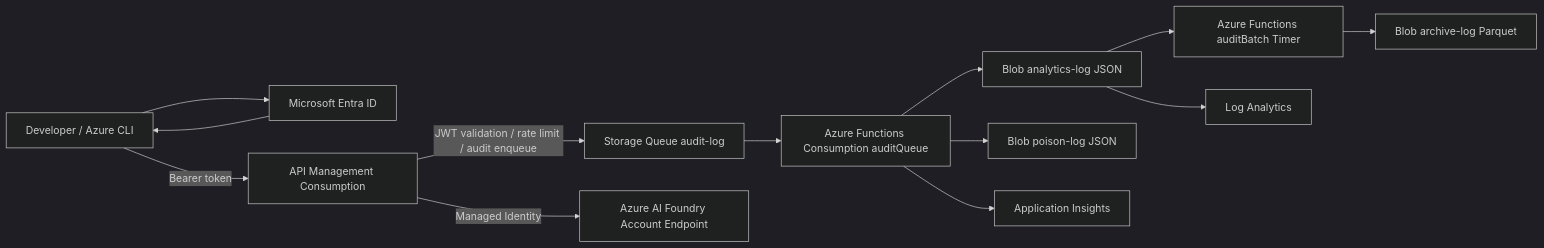
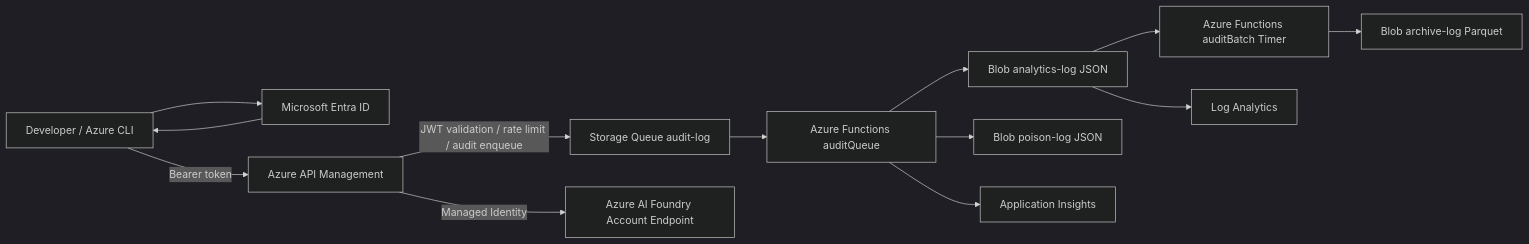
One commit to 75-8/FoundryAPI-use-insideCorp changed the diagram in README.md. Above: the diagram before and after it, drawn with Mermaid (dark theme). The commit also changed other lines of this file and 4 other files, not shown here.

````diff
--- a/README.md
+++ b/README.md
@@ -9,15 +50,15 @@
 ```mermaid
 flowchart LR
-  Dev[Developer / Azure CLI] --> Entra[Microsoft Entra ID]
-  Entra --> Dev
-  Dev -->|Bearer token| APIM[API Management Consumption]
+  Developer[Developer / Azure CLI] --> Entra[Microsoft Entra ID]
+  Entra --> Developer
+  Developer -->|Bearer token| APIM[Azure API Management]
   APIM -->|JWT validation / rate limit / audit enqueue| Queue[Storage Queue audit-log]
   APIM -->|Managed Identity| Foundry[Azure AI Foundry Account Endpoint]
-  Queue --> FuncQueue[Azure Functions Consumption auditQueue]
+  Queue --> FuncQueue[Azure Functions auditQueue]
   FuncQueue --> Analytics[Blob analytics-log JSON]
   FuncQueue --> Poison[Blob poison-log JSON]
   Analytics --> FuncTimer[Azure Functions auditBatch Timer]
   FuncTimer --> Archive[Blob archive-log Parquet]
   Analytics --> LAW[Log Analytics]
   FuncQueue --> Appi[Application Insights]
 ```
````
